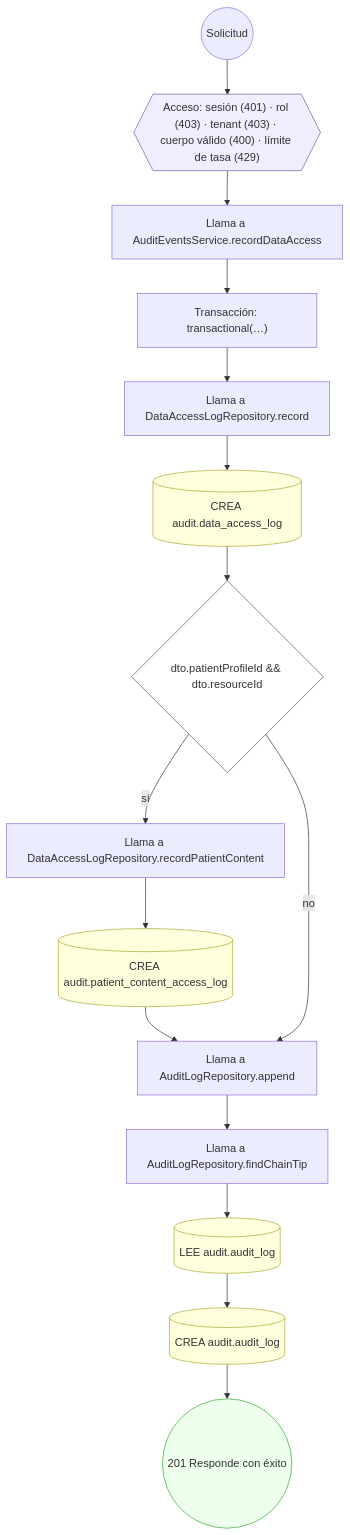
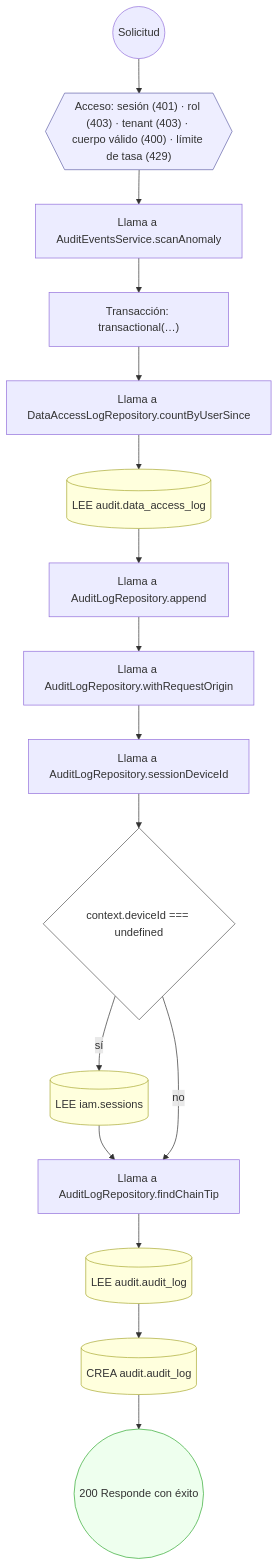
Before and after one commit to mdavila-2001/mantra-core-health-api: the second of 12 diagrams in docs/inventario/flujos/audit.md, drawn with Mermaid. The commit also changed other lines of this file and 451 other files, not shown here.

First line of the commit message:
chore(data_catalog): contrato OpenAPI, inventario y pruebas al día con el diseño del #660

````diff
--- a/docs/inventario/flujos/audit.md
+++ b/docs/inventario/flujos/audit.md
@@ -160,37 +173,39 @@
 ```mermaid
 flowchart TD
   n1(("Solicitud")):::inicio
   n2{{"Acceso: sesión (401) · rol (403) · tenant (403) · cuerpo válido (400) · límite de tasa (429)"}}:::acceso
   n1 --> n2
-  n3["Llama a AuditEventsService.recordDataAccess"]:::llamada
+  n3["Llama a AuditEventsService.scanAnomaly"]:::llamada
   n2 --> n3
   n4["Transacción: transactional(…)"]:::transaccion
   n3 --> n4
-  n5["Llama a DataAccessLogRepository.record"]:::llamada
+  n5["Llama a DataAccessLogRepository.countByUserSince"]:::llamada
   n4 --> n5
-  n6[("CREA audit.data_access_log")]:::efecto
+  n6[("LEE audit.data_access_log")]:::efecto
   n5 --> n6
-  n7{"dto.patientProfileId && dto.resourceId"}:::decision
+  n7["Llama a AuditLogRepository.append"]:::llamada
   n6 --> n7
-  n8["Llama a DataAccessLogRepository.recordPatientContent"]:::llamada
-  n7 -->|"sí"| n8
-  n9[("CREA audit.patient_content_access_log")]:::efecto
+  n8["Llama a AuditLogRepository.withRequestOrigin"]:::llamada
+  n7 --> n8
+  n9["Llama a AuditLogRepository.sessionDeviceId"]:::llamada
   n8 --> n9
-  n10["Llama a AuditLogRepository.append"]:::llamada
+  n10{"context.deviceId === undefined"}:::decision
   n9 --> n10
-  n7 -->|"no"| n10
-  n11["Llama a AuditLogRepository.findChainTip"]:::llamada
-  n10 --> n11
-  n12[("LEE audit.audit_log")]:::efecto
+  n11[("LEE iam.sessions")]:::efecto
+  n10 -->|"sí"| n11
+  n12["Llama a AuditLogRepository.findChainTip"]:::llamada
   n11 --> n12
-  n13[("CREA audit.audit_log")]:::efecto
+  n10 -->|"no"| n12
+  n13[("LEE audit.audit_log")]:::efecto
   n12 --> n13
-  n14(("201 Responde con éxito")):::ok
+  n14[("CREA audit.audit_log")]:::efecto
   n13 --> n14
+  n15(("200 Responde con éxito")):::ok
+  n14 --> n15
   classDef acceso fill:#eef,stroke:#66a
   classDef error fill:#fee,stroke:#c33
   classDef ok fill:#efe,stroke:#3a3
   classDef efecto fill:#ffd,stroke:#aa3
   classDef decision fill:#fff,stroke:#555
   classDef corte fill:#eee,stroke:#999,stroke-dasharray: 4
 ```
````
